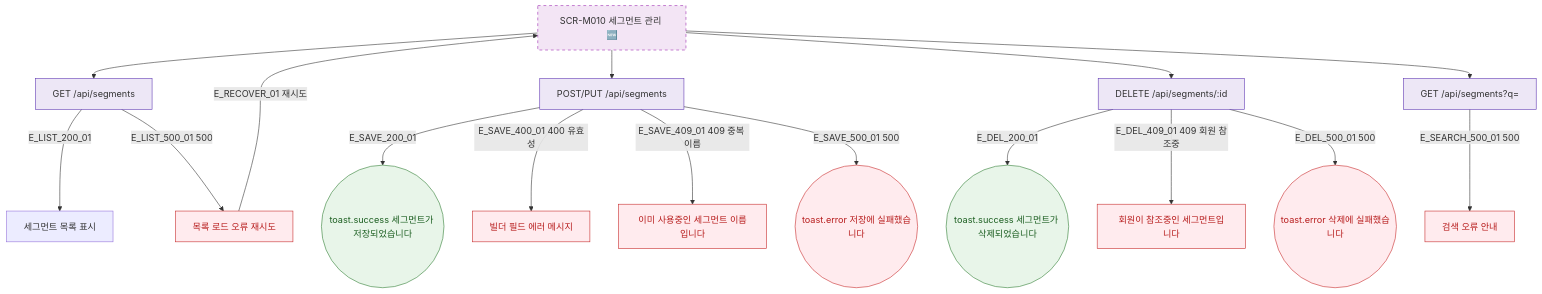
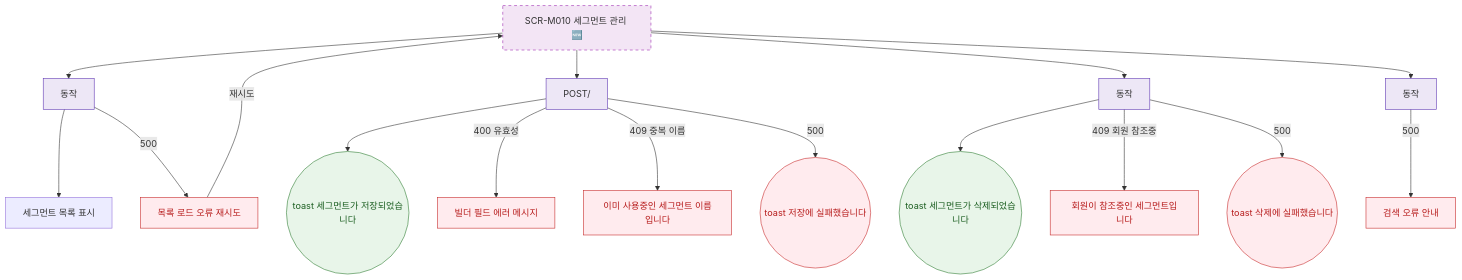
The diagram in docs/다이어그램/D02_회원관리/SCR-M010_세그먼트관리/F8_에러예외.md (dev-spogym/admin-pando), drawn with Mermaid before and after one commit. The commit also changed other lines of this file and 1660 other files, not shown here.

First line of the commit message:
다이어그램: 기획자/클라이언트 납품본으로 정리

````diff
--- a/docs/다이어그램/D02_회원관리/SCR-M010_세그먼트관리/F8_에러예외.md
+++ b/docs/다이어그램/D02_회원관리/SCR-M010_세그먼트관리/F8_에러예외.md
@@ -22,35 +20,35 @@
 ```mermaid
 flowchart TD
   SCR_M010[SCR-M010 세그먼트 관리 🆕]
 
-  SCR_M010 --> API_LIST[GET /api/segments]
-  SCR_M010 --> API_SAVE[POST/PUT /api/segments]
-  SCR_M010 --> API_DEL[DELETE /api/segments/:id]
-  SCR_M010 --> API_SEARCH[GET /api/segments?q=]
+  SCR_M010 --> API_LIST[동작]
+  SCR_M010 --> API_SAVE[POST/]
+  SCR_M010 --> API_DEL[동작]
+  SCR_M010 --> API_SEARCH[동작]
 
-  API_LIST   -->|E_LIST_200_01| UI_OK[세그먼트 목록 표시]
-  API_LIST   -->|E_LIST_500_01 500| ERR_LIST[목록 로드 오류 재시도]
+  API_LIST --> UI_OK[세그먼트 목록 표시]
+  API_LIST -->|500|ERR_LIST[목록 로드 오류 재시도]
 
-  API_SAVE   -->|E_SAVE_200_01| TOAST_SAVE_OK((toast.success 세그먼트가 저장되었습니다))
-  API_SAVE   -->|E_SAVE_400_01 400 유효성| ERR_SAVE_400[빌더 필드 에러 메시지]
-  API_SAVE   -->|E_SAVE_409_01 409 중복 이름| ERR_SAVE_409[이미 사용중인 세그먼트 이름입니다]
-  API_SAVE   -->|E_SAVE_500_01 500| TOAST_SAVE_ERR((toast.error 저장에 실패했습니다))
+  API_SAVE --> TOAST_SAVE_OK((toast 세그먼트가 저장되었습니다))
+  API_SAVE -->|400 유효성|ERR_SAVE_400[빌더 필드 에러 메시지]
+  API_SAVE -->|409 중복 이름|ERR_SAVE_409[이미 사용중인 세그먼트 이름입니다]
+  API_SAVE -->|500|TOAST_SAVE_ERR((toast 저장에 실패했습니다))
 
-  API_DEL    -->|E_DEL_200_01| TOAST_DEL_OK((toast.success 세그먼트가 삭제되었습니다))
-  API_DEL    -->|E_DEL_409_01 409 회원 참조중| ERR_DEL_409[회원이 참조중인 세그먼트입니다]
-  API_DEL    -->|E_DEL_500_01 500| TOAST_DEL_ERR((toast.error 삭제에 실패했습니다))
+  API_DEL --> TOAST_DEL_OK((toast 세그먼트가 삭제되었습니다))
+  API_DEL -->|409 회원 참조중|ERR_DEL_409[회원이 참조중인 세그먼트입니다]
+  API_DEL -->|500|TOAST_DEL_ERR((toast 삭제에 실패했습니다))
 
-  API_SEARCH -->|E_SEARCH_500_01 500| ERR_SEARCH[검색 오류 안내]
+  API_SEARCH -->|500|ERR_SEARCH[검색 오류 안내]
 
-  ERR_LIST   -->|E_RECOVER_01 재시도| SCR_M010
+  ERR_LIST -->|재시도|SCR_M010
 
   classDef newFeature fill:#F3E5F5,stroke:#9C27B0,stroke-dasharray:5 5
-  classDef success    fill:#E8F5E9,stroke:#2E7D32,color:#1B5E20
-  classDef error      fill:#FFEBEE,stroke:#C62828,color:#B71C1C
-  classDef system     fill:#EDE7F6,stroke:#5E35B2
+  classDef success fill:#E8F5E9,stroke:#2E7D32,color:#1B5E20
+  classDef error fill:#FFEBEE,stroke:#C62828,color:#B71C1C
+  classDef system fill:#EDE7F6,stroke:#5E35B2
 
   class SCR_M010 newFeature
   class TOAST_SAVE_OK,TOAST_DEL_OK success
   class ERR_LIST,ERR_SAVE_400,ERR_SAVE_409,TOAST_SAVE_ERR,ERR_DEL_409,TOAST_DEL_ERR,ERR_SEARCH error
   class API_LIST,API_SAVE,API_DEL,API_SEARCH system
 ```
````
